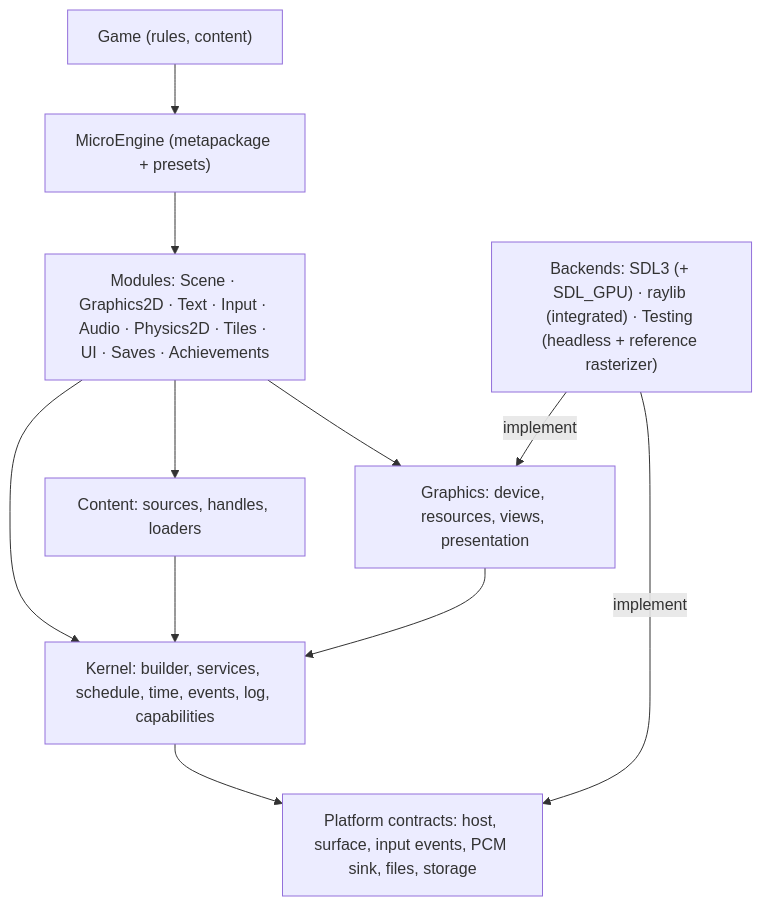
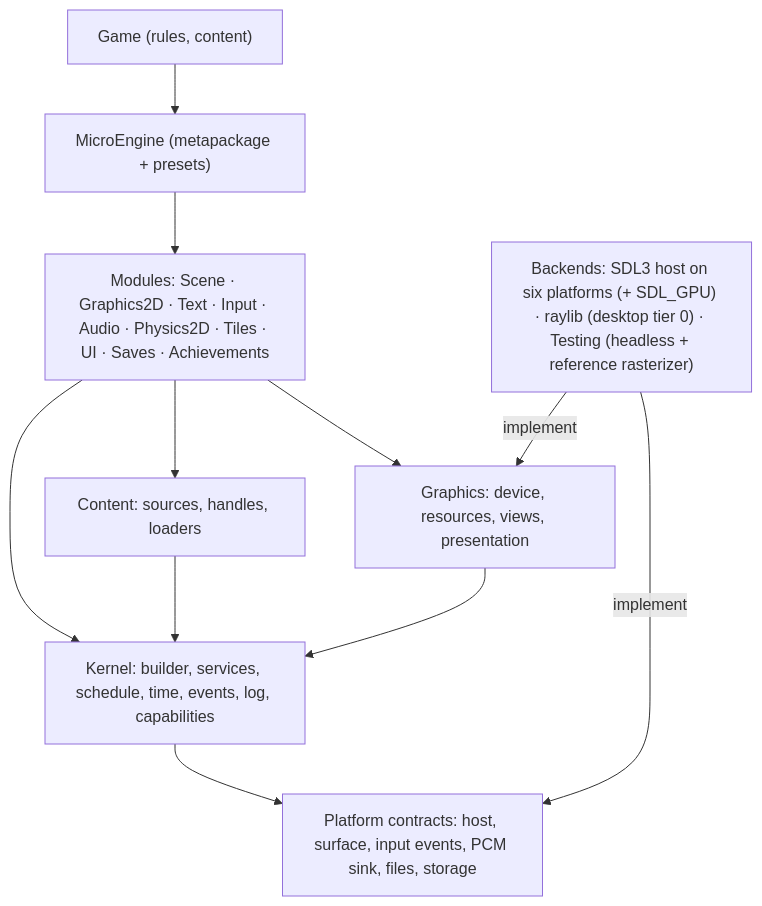
One commit to NastMz/MicroEngine changed the diagram in docs/evaluations/arch-1.md. Above: the diagram before and after it, drawn with Mermaid. The commit also changed other lines of this file and 1 other file, not shown here.

First line of the commit message:
docs: ARCH-1 prototype verdicts (P1, P3, P4) and revised graphics contract

````diff
--- a/docs/evaluations/arch-1.md
+++ b/docs/evaluations/arch-1.md
@@ -199,20 +201,20 @@
 ```mermaid
 flowchart TB
   accTitle: Target layers
   accDescr: Games use the SDK defaults and modules; modules depend on abstractions in the kernel and platform contracts; backends implement those contracts.
   game["Game (rules, content)"]
   defaults["MicroEngine (metapackage + presets)"]
   modules["Modules: Scene · Graphics2D · Text · Input · Audio · Physics2D · Tiles · UI · Saves · Achievements"]
   graphics["Graphics: device, resources, views, presentation"]
   content["Content: sources, handles, loaders"]
   kernel["Kernel: builder, services, schedule, time, events, log, capabilities"]
   platform["Platform contracts: host, surface, input events, PCM sink, files, storage"]
-  backends["Backends: SDL3 (+ SDL_GPU) · raylib (integrated) · Testing (headless + reference rasterizer)"]
+  backends["Backends: SDL3 host on six platforms (+ SDL_GPU) · raylib (desktop tier 0) · Testing (headless + reference rasterizer)"]
   game --> defaults --> modules
   modules --> graphics & content & kernel
   graphics --> kernel
   content --> kernel
   kernel --> platform
   backends -- implement --> platform
   backends -- implement --> graphics
 ```
````
